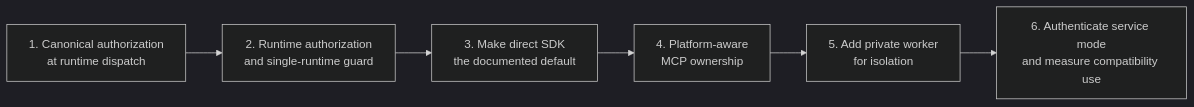
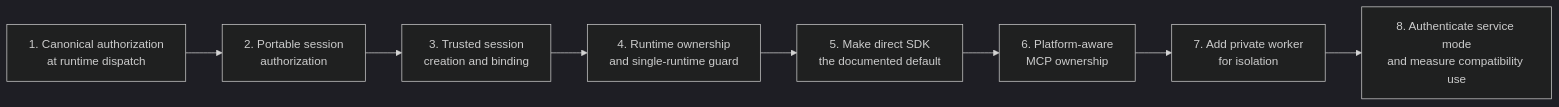
One commit to trycua/cua changed the ninth of 9 diagrams in libs/cua-driver/docs/sdk-first-runtime-north-star.md. Above: the diagram before and after it, drawn with Mermaid (dark theme). The commit also changed other lines of this file and 1 other file, not shown here.

Commit message:
docs: make permission modes portable session contexts

````diff
--- a/libs/cua-driver/docs/sdk-first-runtime-north-star.md
+++ b/libs/cua-driver/docs/sdk-first-runtime-north-star.md
@@ -338,11 +357,13 @@
 ```mermaid
 flowchart LR
     P0["1. Canonical authorization<br/>at runtime dispatch"]
-    P1["2. Runtime authorization<br/>and single-runtime guard"]
-    P2["3. Make direct SDK<br/>the documented default"]
-    P3["4. Platform-aware<br/>MCP ownership"]
-    P4["5. Add private worker<br/>for isolation"]
-    P5["6. Authenticate service mode<br/>and measure compatibility use"]
+    P1["2. Portable session<br/>authorization"]
+    P2["3. Trusted session<br/>creation and binding"]
+    P3["4. Runtime ownership<br/>and single-runtime guard"]
+    P4["5. Make direct SDK<br/>the documented default"]
+    P5["6. Platform-aware<br/>MCP ownership"]
+    P6["7. Add private worker<br/>for isolation"]
+    P7["8. Authenticate service mode<br/>and measure compatibility use"]
 
-    P0 --> P1 --> P2 --> P3 --> P4 --> P5
+    P0 --> P1 --> P2 --> P3 --> P4 --> P5 --> P6 --> P7
 ```
````
